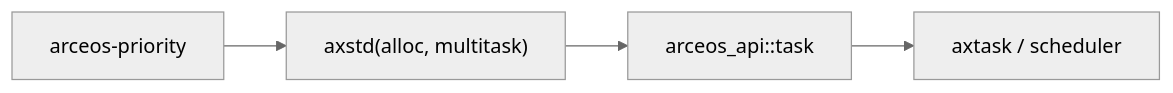
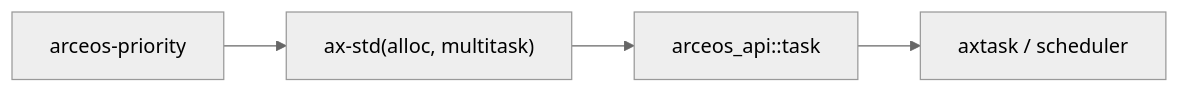
Before and after one commit to rcore-os/tgoskits: the second of 2 diagrams in docs/crates/arceos-priority.md, drawn with Mermaid (neutral theme). The commit also changed other lines of this file and 153 other files, not shown here.

Commit message:
rename axstd to ax-std

````diff
--- a/docs/crates/arceos-priority.md
+++ b/docs/crates/arceos-priority.md
@@ -79,6 +79,6 @@
 ```mermaid
 graph LR
-    test["arceos-priority"] --> axstd["axstd(alloc, multitask)"]
-    axstd --> arceos_api["arceos_api::task"]
+    test["arceos-priority"] --> ax-std["ax-std(alloc, multitask)"]
+    ax-std --> arceos_api["arceos_api::task"]
     arceos_api --> axtask["axtask / scheduler"]
 ```
````
